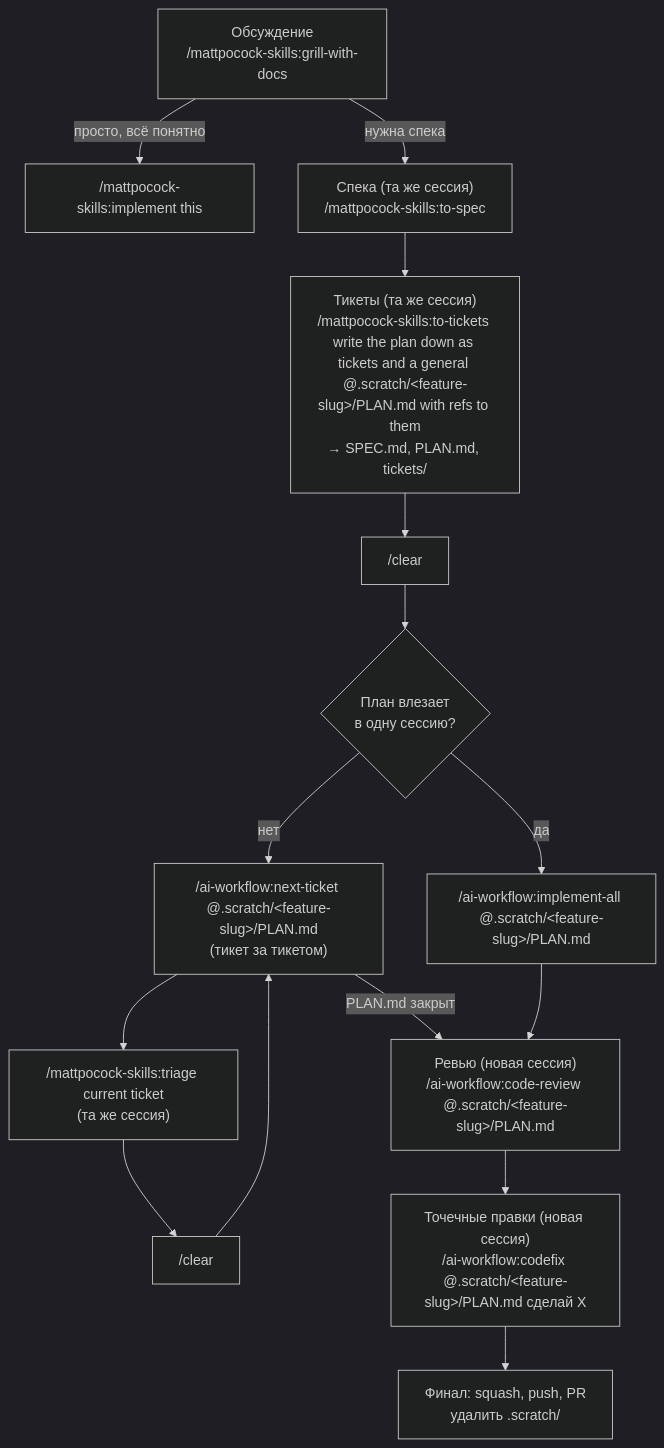
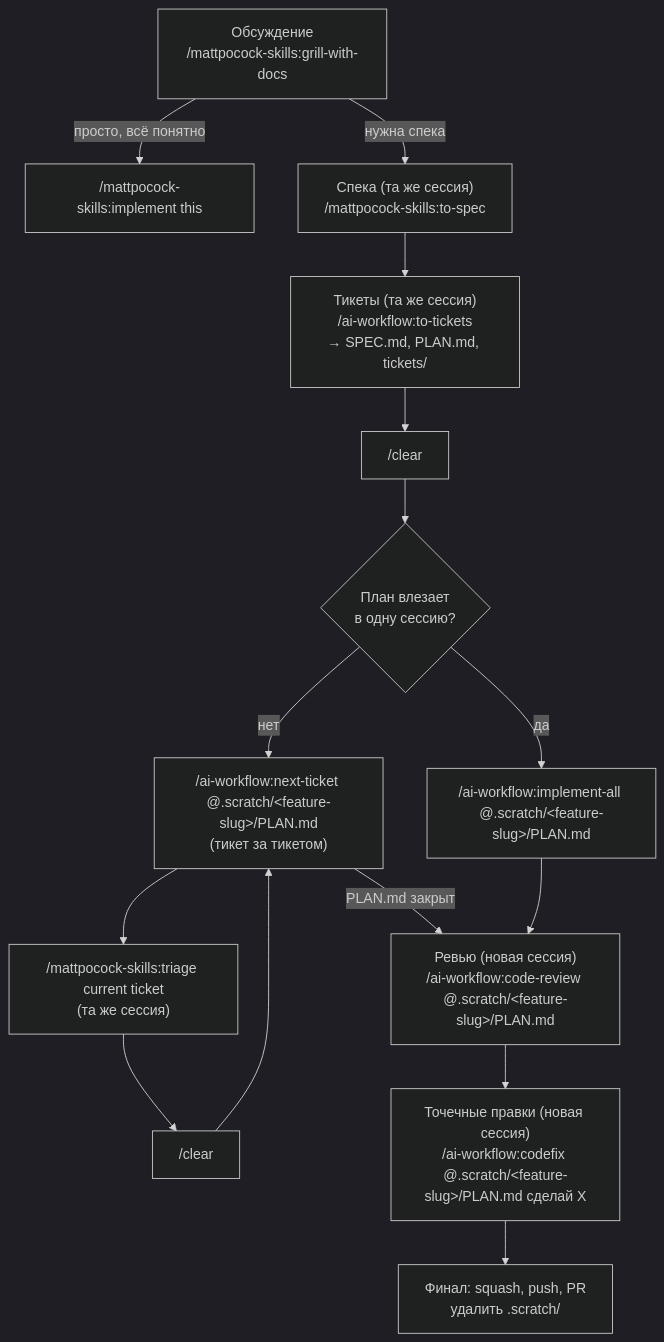
The diagram in README.md (Whatislove118/AI-Workflow), drawn with Mermaid (dark theme) before and after one commit. The commit also changed other lines of this file and 1 other file, not shown here.

Commit message:
feat: add to tickets command

````diff
--- a/README.md
+++ b/README.md
@@ -44,17 +45,17 @@
 ```mermaid
 flowchart TD
     A["Обсуждение\n/mattpocock-skills:grill-with-docs"]
     A -- "просто, всё понятно" --> B["/mattpocock-skills:implement this"]
     A -- "нужна спека" --> C["Спека (та же сессия)\n/mattpocock-skills:to-spec"]
-    C --> D["Тикеты (та же сессия)\n/mattpocock-skills:to-tickets write the plan down as tickets and a general @.scratch/#lt;feature-slug#gt;/PLAN.md with refs to them\n→ SPEC.md, PLAN.md, tickets/"]
+    C --> D["Тикеты (та же сессия)\n/ai-workflow:to-tickets\n→ SPEC.md, PLAN.md, tickets/"]
     D --> E["/clear"]
     E --> F{"План влезает\nв одну сессию?"}
     F -- да --> G["/ai-workflow:implement-all @.scratch/#lt;feature-slug#gt;/PLAN.md"]
     F -- нет --> H["/ai-workflow:next-ticket @.scratch/#lt;feature-slug#gt;/PLAN.md\n(тикет за тикетом)"]
     H --> T["/mattpocock-skills:triage current ticket\n(та же сессия)"]
     T --> I["/clear"] --> H
     H -- "PLAN.md закрыт" --> J
     G --> J["Ревью (новая сессия)\n/ai-workflow:code-review @.scratch/#lt;feature-slug#gt;/PLAN.md"]
     J --> K["Точечные правки (новая сессия)\n/ai-workflow:codefix @.scratch/#lt;feature-slug#gt;/PLAN.md сделай X"]
     K --> L["Финал: squash, push, PR\nудалить .scratch/"]
 ```
````
